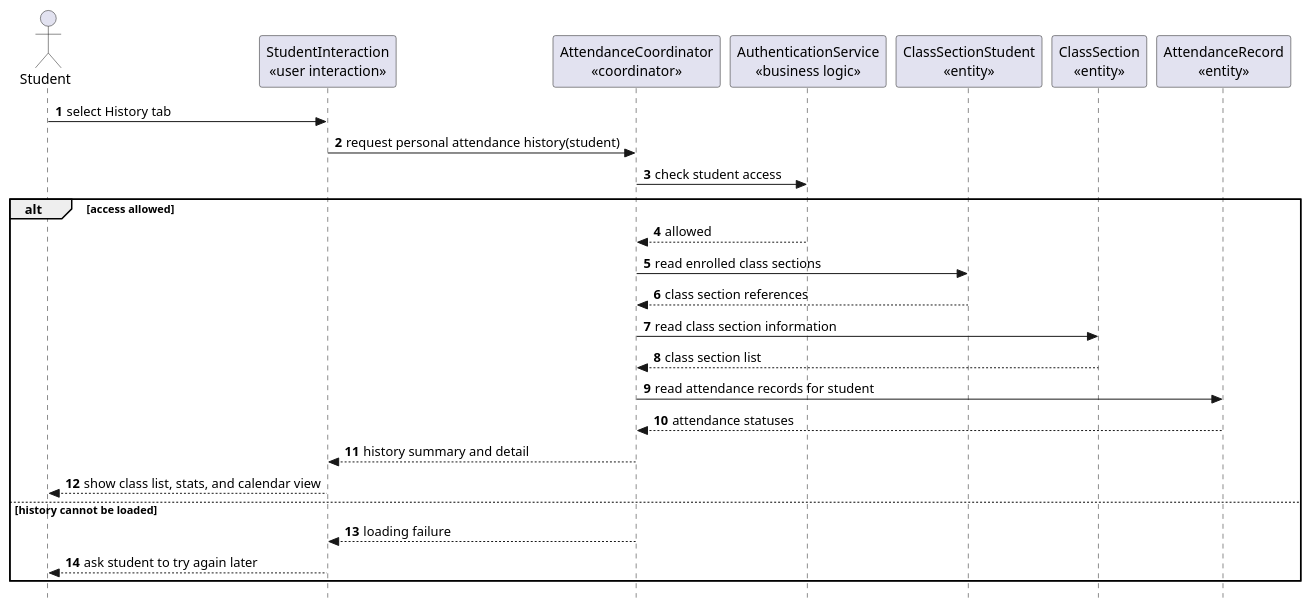
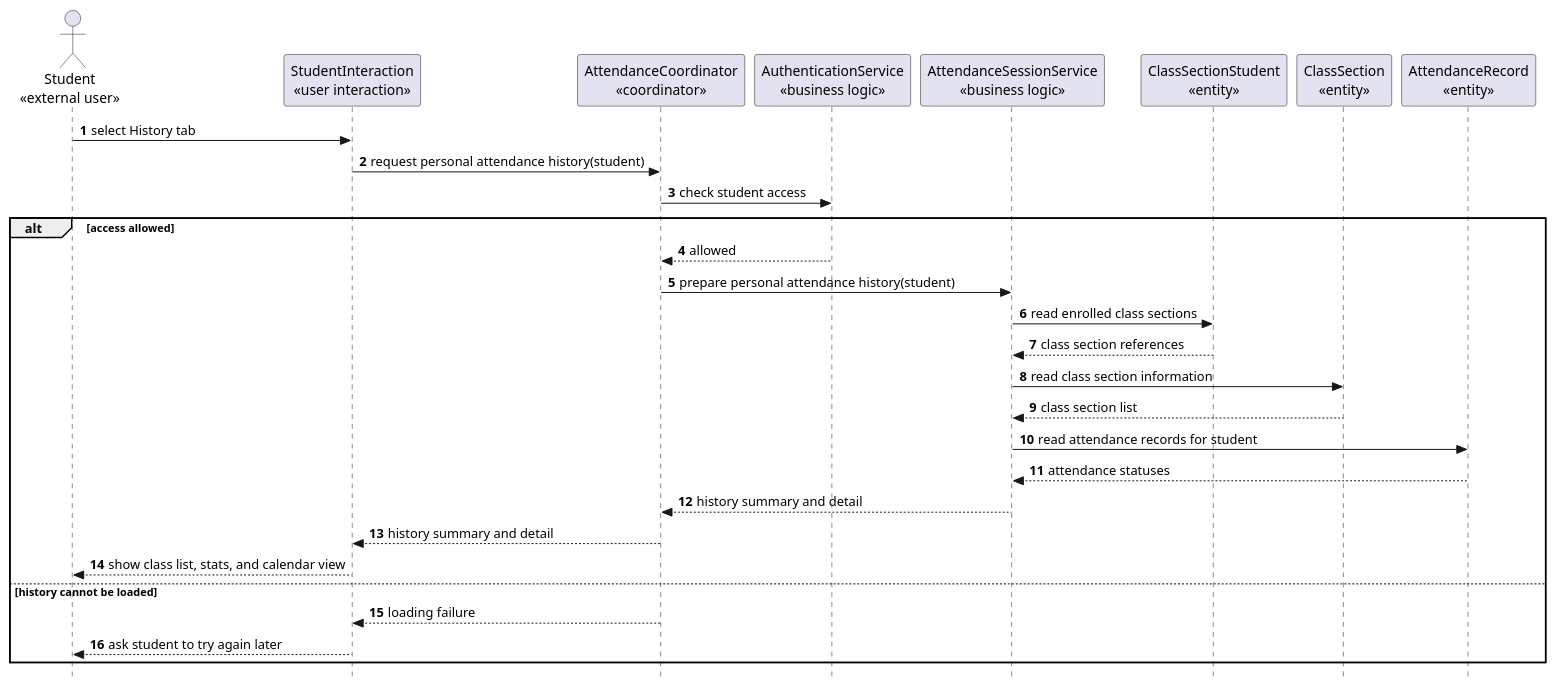
Before and after one commit to nttung42/SWD392: diagram 11 of 29 in docs/sds/2_Analysis.md, drawn with PlantUML. The commit also changed other lines of this file and 1 other file, not shown here.

````diff
--- a/docs/sds/2_Analysis.md
+++ b/docs/sds/2_Analysis.md
@@ -573,32 +575,35 @@
 ```plantuml
 @startuml
 skinparam style strictuml
 autonumber
-actor "Student" as Student
+actor "Student\n«external user»" as Student
 participant "StudentInteraction\n«user interaction»" as StudentUI
 participant "AttendanceCoordinator\n«coordinator»" as HistoryControl
 participant "AuthenticationService\n«business logic»" as AuthRules
+participant "AttendanceSessionService\n«business logic»" as HistoryRules
 participant "ClassSectionStudent\n«entity»" as ClassSectionStudent
 participant "ClassSection\n«entity»" as ClassSection
 participant "AttendanceRecord\n«entity»" as AttendanceRecord
 
 Student -> StudentUI : select History tab
 StudentUI -> HistoryControl : request personal attendance history(student)
 HistoryControl -> AuthRules : check student access
 
 alt access allowed
   AuthRules --> HistoryControl : allowed
-  HistoryControl -> ClassSectionStudent : read enrolled class sections
-  ClassSectionStudent --> HistoryControl : class section references
-  HistoryControl -> ClassSection : read class section information
-  ClassSection --> HistoryControl : class section list
-  HistoryControl -> AttendanceRecord : read attendance records for student
-  AttendanceRecord --> HistoryControl : attendance statuses
+  HistoryControl -> HistoryRules : prepare personal attendance history(student)
+  HistoryRules -> ClassSectionStudent : read enrolled class sections
+  ClassSectionStudent --> HistoryRules : class section references
+  HistoryRules -> ClassSection : read class section information
+  ClassSection --> HistoryRules : class section list
+  HistoryRules -> AttendanceRecord : read attendance records for student
+  AttendanceRecord --> HistoryRules : attendance statuses
+  HistoryRules --> HistoryControl : history summary and detail
   HistoryControl --> StudentUI : history summary and detail
   StudentUI --> Student : show class list, stats, and calendar view
 else history cannot be loaded
   HistoryControl --> StudentUI : loading failure
   StudentUI --> Student : ask student to try again later
 end
 @enduml
 ```
````
